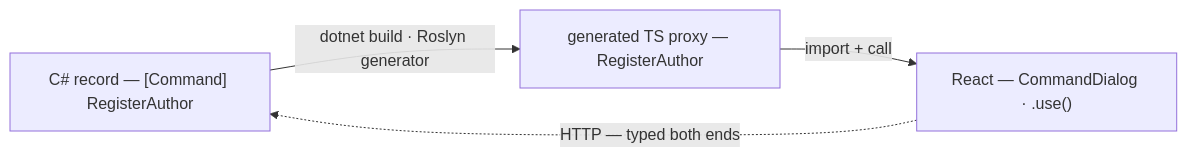
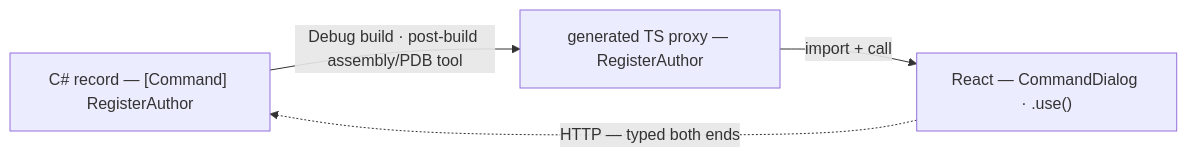
Before and after one commit to Cratis/Arc: the diagram in Documentation/understanding-the-proxy-boundary.mdx, drawn with Mermaid. The commit also changed other lines of this file and 272 other files, not shown here.

````diff
--- a/Documentation/understanding-the-proxy-boundary.mdx
+++ b/Documentation/understanding-the-proxy-boundary.mdx
@@ -17,6 +17,6 @@
 ```mermaid
 flowchart LR
-    CS["C# record — [Command] RegisterAuthor"] -->|dotnet build · Roslyn generator| TS["generated TS proxy — RegisterAuthor"]
+    CS["C# record — [Command] RegisterAuthor"] -->|Debug build · post-build assembly/PDB tool| TS["generated TS proxy — RegisterAuthor"]
     TS -->|import + call| RX["React — CommandDialog · .use()"]
     RX -.->|HTTP — typed both ends| CS
 ```
````
